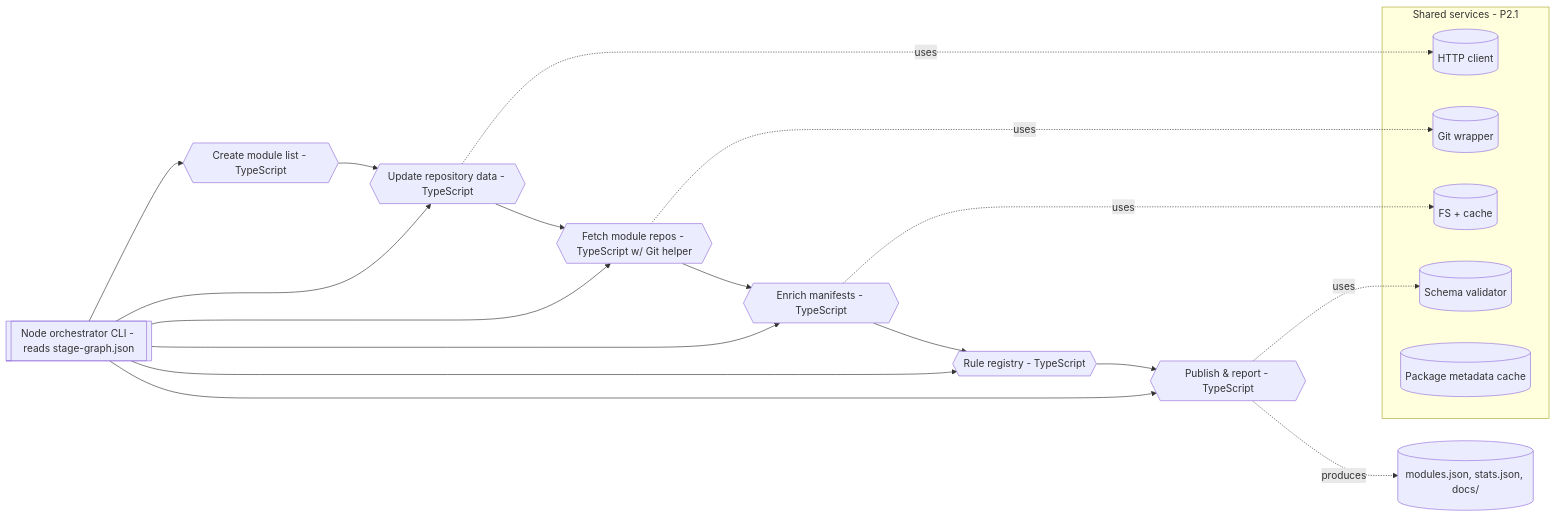
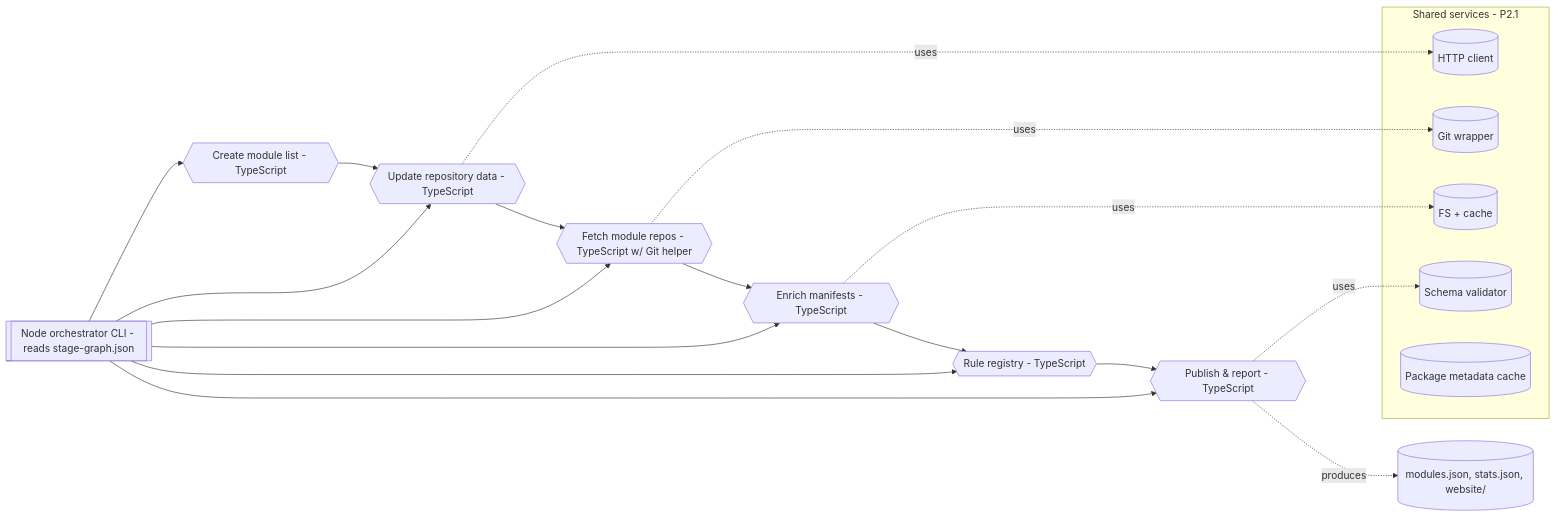
One commit to KristjanESPERANTO/MagicMirror-3rd-Party-Modules changed the third of 3 diagrams in docs/architecture.md. Above: the diagram before and after it, drawn with Mermaid. The commit also changed other lines of this file, not shown here.

Commit message:
docs: update architecture document to reflect changes in output paths

````diff
--- a/docs/architecture.md
+++ b/docs/architecture.md
@@ -75,23 +75,23 @@
 ```mermaid
 flowchart LR
   orchestrator[[Node orchestrator CLI - reads stage-graph.json]]
   orchestrator --> createTS{{Create module list - TypeScript}}
   orchestrator --> repoDataTS{{Update repository data - TypeScript}}
   orchestrator --> fetchTS{{Fetch module repos - TypeScript w/ Git helper}}
   orchestrator --> enrichTS{{Enrich manifests - TypeScript}}
   orchestrator --> checksJS{{Rule registry - TypeScript}}
   orchestrator --> publishTS{{Publish & report - TypeScript}}
   subgraph Shared services  - P2.1
     http[(HTTP client)]
     git[(Git wrapper)]
     fs[(FS + cache)]
     schema[(Schema validator)]
     pkg[(Package metadata cache)]
   end
   createTS --> repoDataTS --> fetchTS --> enrichTS --> checksJS --> publishTS
   fetchTS -.uses.-> git
   repoDataTS -.uses.-> http
   publishTS -.uses.-> schema
   enrichTS -.uses.-> fs
-  publishTS -.produces.-> public[(modules.json, stats.json, docs/)]
+  publishTS -.produces.-> public[(modules.json, stats.json, website/)]
 ```
````
